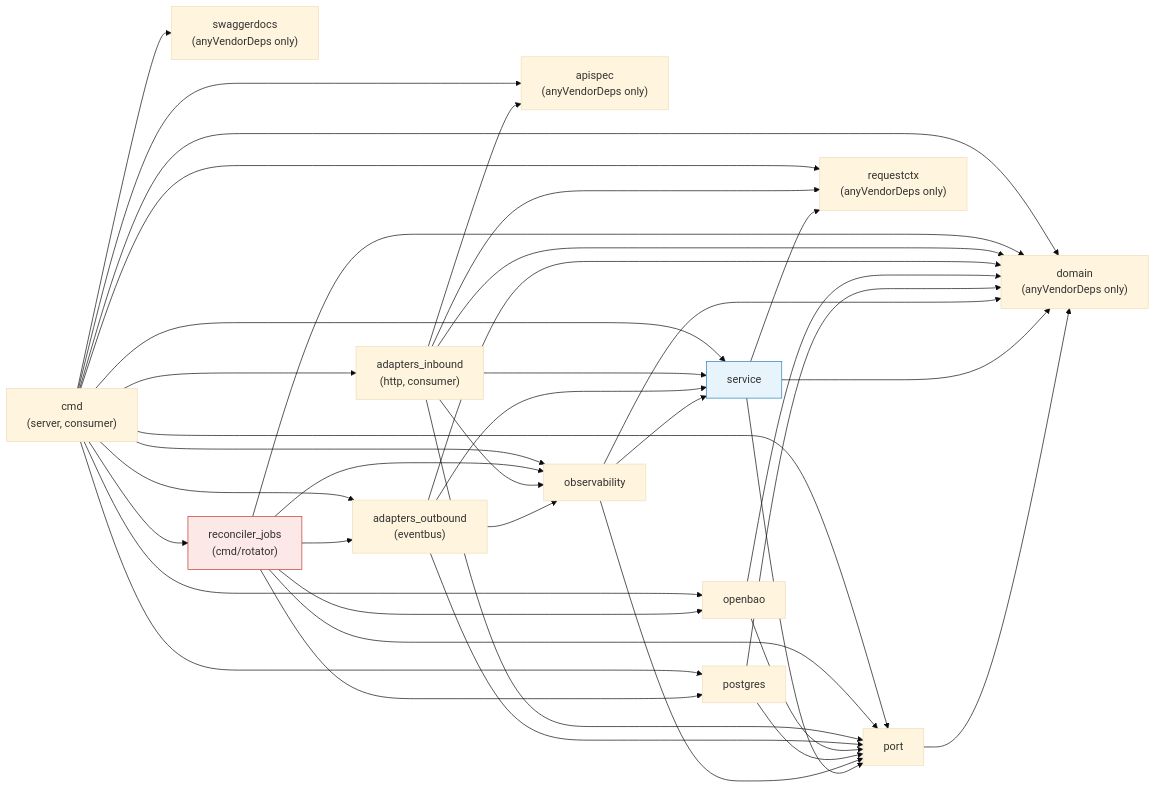
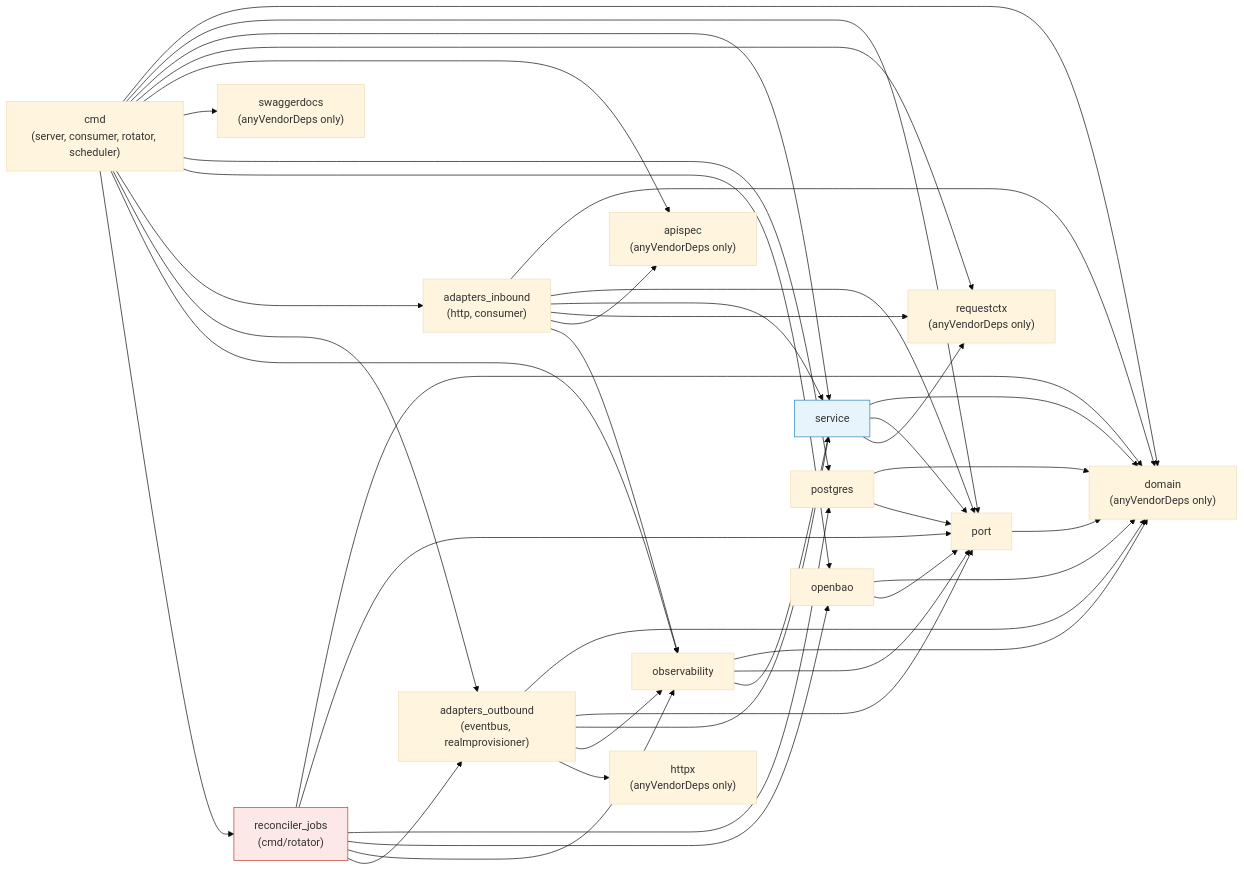
Before and after one commit to BCBP-SOLUTIONS-FZC-LLC/iam-token-service: the diagram in docs/architecture/mermaid/package-dependencies.mmd, drawn with Mermaid (base theme). The commit also changed 94 other files, not shown here.

First line of the commit message:
EXT-6 client-jwt/JWKS auth, cmd/scheduler cadence rotation, TS-5 (IB-2) (#1)

```diff
--- a/docs/architecture/mermaid/package-dependencies.mmd
+++ b/docs/architecture/mermaid/package-dependencies.mmd
@@ -1,61 +1,68 @@
 %% Go import graph mirroring .go-arch-lint.yml's deps: block exactly.
 %% This is the enforceable contract — `make arch-lint` fails CI on any
 %% edge not drawn here.
 graph LR
     domain["domain<br/>(anyVendorDeps only)"]
     port["port"] --> domain
     requestctx["requestctx<br/>(anyVendorDeps only)"]
     service["service"] --> domain
     service --> port
     service --> requestctx
 
     apispec["apispec<br/>(anyVendorDeps only)"]
     swaggerdocs["swaggerdocs<br/>(anyVendorDeps only)"]
 
     observability["observability"] --> domain
     observability --> port
     observability --> service
 
     postgres["postgres"] --> domain
     postgres --> port
 
     openbao["openbao"] --> domain
     openbao --> port
 
-    adapters_outbound["adapters_outbound<br/>(eventbus)"] --> domain
+    httpx["httpx<br/>(anyVendorDeps only)"]
+
+    adapters_outbound["adapters_outbound<br/>(eventbus, realmprovisioner)"] --> domain
     adapters_outbound --> port
     adapters_outbound --> service
     adapters_outbound --> observability
+    adapters_outbound --> httpx
 
     adapters_inbound["adapters_inbound<br/>(http, consumer)"] --> domain
     adapters_inbound --> port
     adapters_inbound --> service
     adapters_inbound --> requestctx
     adapters_inbound --> apispec
     adapters_inbound --> observability
 
     reconciler_jobs["reconciler_jobs<br/>(cmd/rotator)"] --> domain
     reconciler_jobs --> port
     reconciler_jobs --> postgres
     reconciler_jobs --> openbao
     reconciler_jobs --> observability
     reconciler_jobs --> adapters_outbound
 
-    cmd["cmd<br/>(server, consumer)"] --> domain
+    cmd["cmd<br/>(server, consumer, rotator, scheduler)"] --> domain
     cmd --> port
     cmd --> service
     cmd --> requestctx
     cmd --> apispec
     cmd --> swaggerdocs
     cmd --> postgres
     cmd --> openbao
     cmd --> adapters_inbound
     cmd --> adapters_outbound
     cmd --> observability
     cmd --> reconciler_jobs
 
-    %% The one rule most worth calling out: reconciler_jobs may NOT
-    %% depend on service — cmd/rotator drives postgres/openbao directly
-    %% under BYPASSRLS, never through the RLS-scoped service layer.
+    %% Two rules most worth calling out: reconciler_jobs may NOT depend
+    %% on service — cmd/rotator drives postgres/openbao directly under
+    %% BYPASSRLS, never through the RLS-scoped service layer. cmd/scheduler
+    %% (§16 TSQ-6 Resolved) is the opposite case: it uses the same
+    %% BYPASSRLS pool for its own cross-tenant due-list scan, but lives
+    %% under `cmd` (not `reconciler_jobs`) because it DOES depend on
+    %% `service` for every actual rotation write.
     style reconciler_jobs fill:#fce8e6,stroke:#c0392b
     style service fill:#e8f4fc,stroke:#2980b9
```
